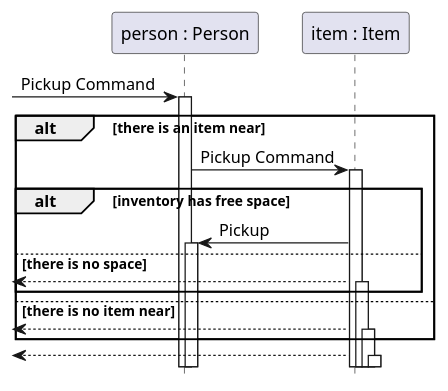
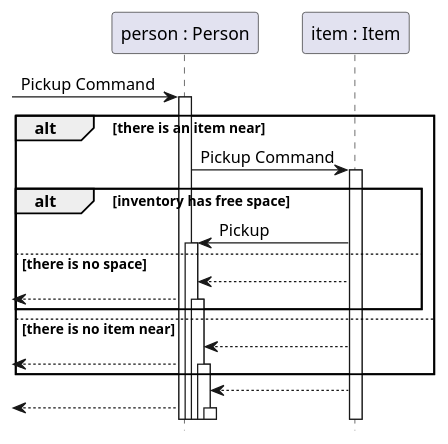
Before and after one commit to sn4k3ch4rm3r/logarlec: the diagram in docs/diagrams/sequence/pick_up_item.puml, drawn with PlantUML. The commit also changed 1 other file, not shown here.

Commit message:
Added drop item sequence diagram. Fixed mistakes in the Pick up item sequence diagram

```diff
--- a/docs/diagrams/sequence/pick_up_item.puml
+++ b/docs/diagrams/sequence/pick_up_item.puml
@@ -1,22 +1,25 @@
-@startuml door-sequence
+@startuml pickup_item_sequence
 hide footbox
 
 participant "person : Person" as per
 participant "item : Item" as item
 
 [-> per ++: Pickup Command
 
 alt there is an item near 
     per -> item ++: Pickup Command
     alt inventory has free space
         item -> per ++: Pickup
     else there is no space
-        <-- item ++:
+    item --> per :
+        <-- per ++:
     end
 else there is no item near
-    <-- item ++:
+   item --> per :
+    <-- per ++:
 end
 
-<-- item ++:
+item --> per :
+<-- per ++:
 
 @enduml
```
